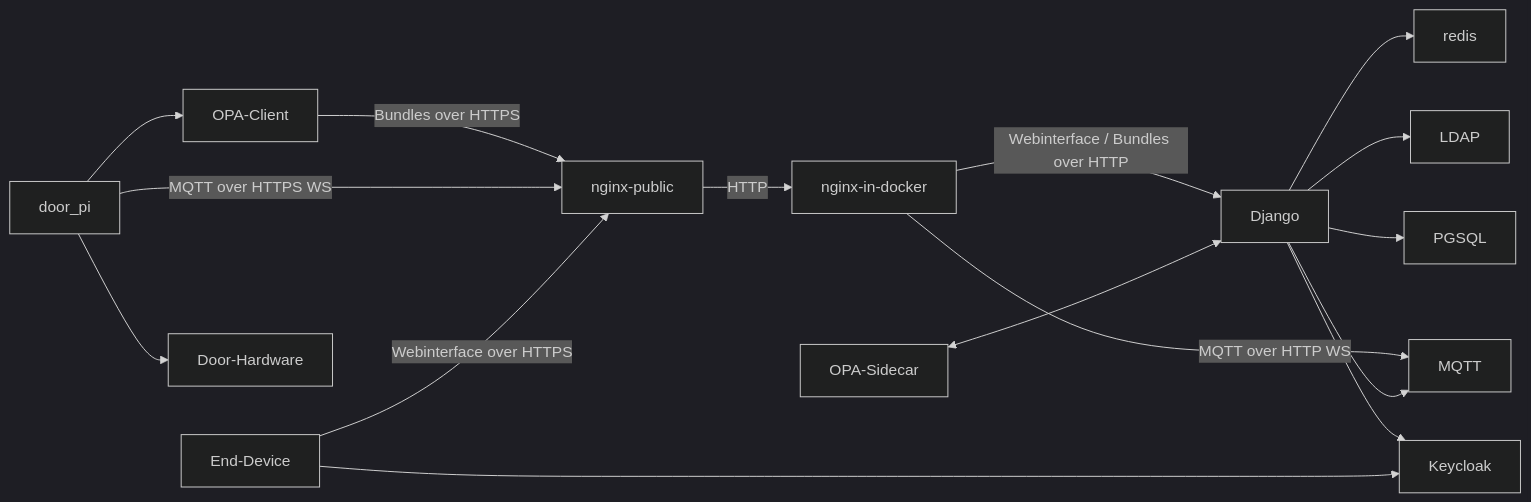
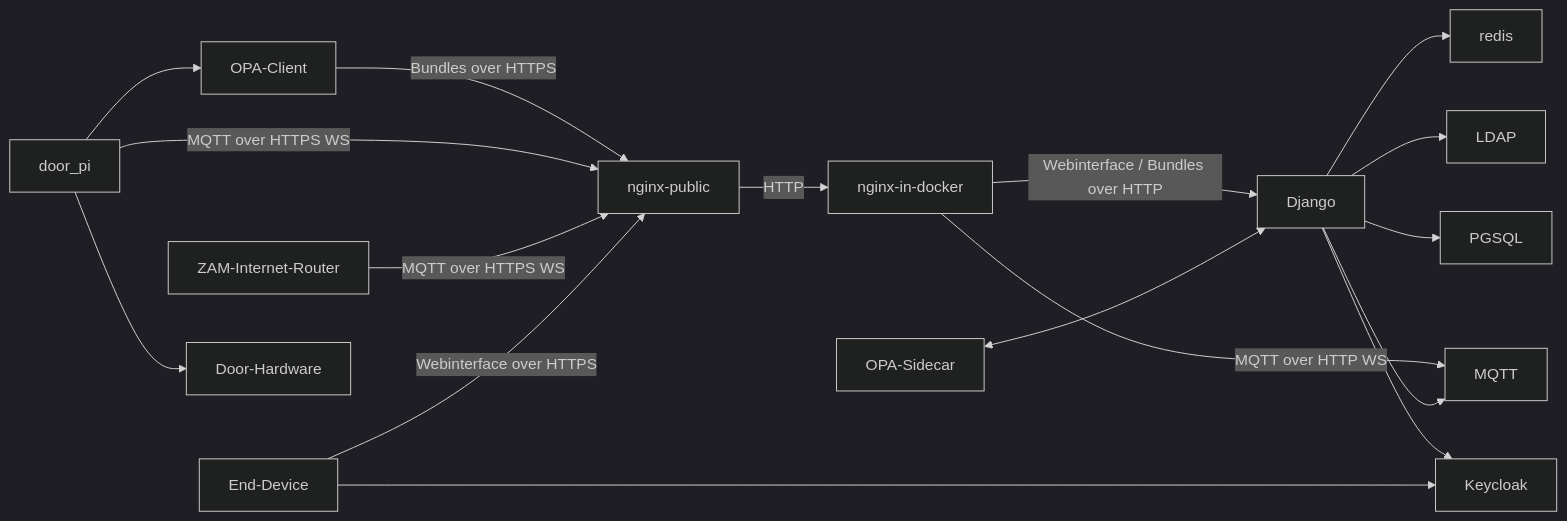
Before and after one commit to phi1010/django_application_framework: the first of 2 diagrams in README.md, drawn with Mermaid (dark theme). The commit also changed other lines of this file, not shown here.

````diff
--- a/README.md
+++ b/README.md
@@ -51,19 +51,20 @@
 ```mermaid
 flowchart LR
 
 nginx-in-docker -->|Webinterface / Bundles over HTTP| Django
 nginx-in-docker -->|MQTT over HTTP WS| MQTT
 OPA-Sidecar <--> Django
 nginx-public -->|HTTP| nginx-in-docker
 OPA-Client -->|Bundles over HTTPS| nginx-public
 door_pi -->|MQTT over HTTPS WS| nginx-public
+ZAM-Internet-Router -->|MQTT over HTTPS WS| nginx-public
 Django --> redis
 Django --> LDAP
 Django --> PGSQL
 Django --> MQTT
 Django --> Keycloak
 End-Device -->|Webinterface over HTTPS| nginx-public
 End-Device --> Keycloak
 door_pi --> Door-Hardware
 door_pi --> OPA-Client
 ```
````
